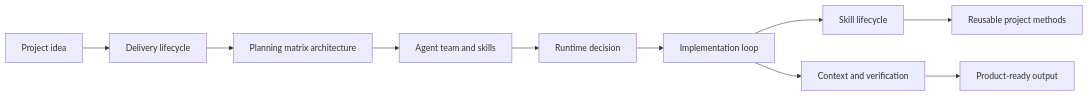
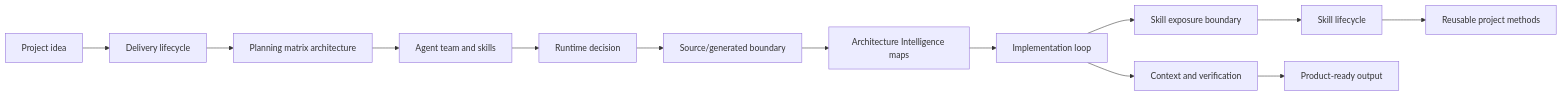
Before and after one commit to alexroadcaster/product-agent-os: the diagram in docs/diagrams/index.en.md, drawn with Mermaid. The commit also changed other lines of this file and 24 other files, not shown here.

Commit message:
Document Track 11 G3 diagram atlas and architecture maps

````diff
--- a/docs/diagrams/index.en.md
+++ b/docs/diagrams/index.en.md
@@ -16,12 +19,15 @@
 ```mermaid
 flowchart LR
     A["Project idea"] --> B["Delivery lifecycle"]
     B --> B1["Planning matrix architecture"]
     B1 --> C["Agent team and skills"]
     C --> D["Runtime decision"]
-    D --> E["Implementation loop"]
-    E --> F["Skill lifecycle"]
-    E --> G["Context and verification"]
-    F --> H["Reusable project methods"]
-    G --> I["Product-ready output"]
+    D --> E["Source/generated boundary"]
+    E --> F["Architecture Intelligence maps"]
+    F --> G["Implementation loop"]
+    G --> H["Skill exposure boundary"]
+    H --> I["Skill lifecycle"]
+    G --> J["Context and verification"]
+    I --> K["Reusable project methods"]
+    J --> L["Product-ready output"]
 ```
````
